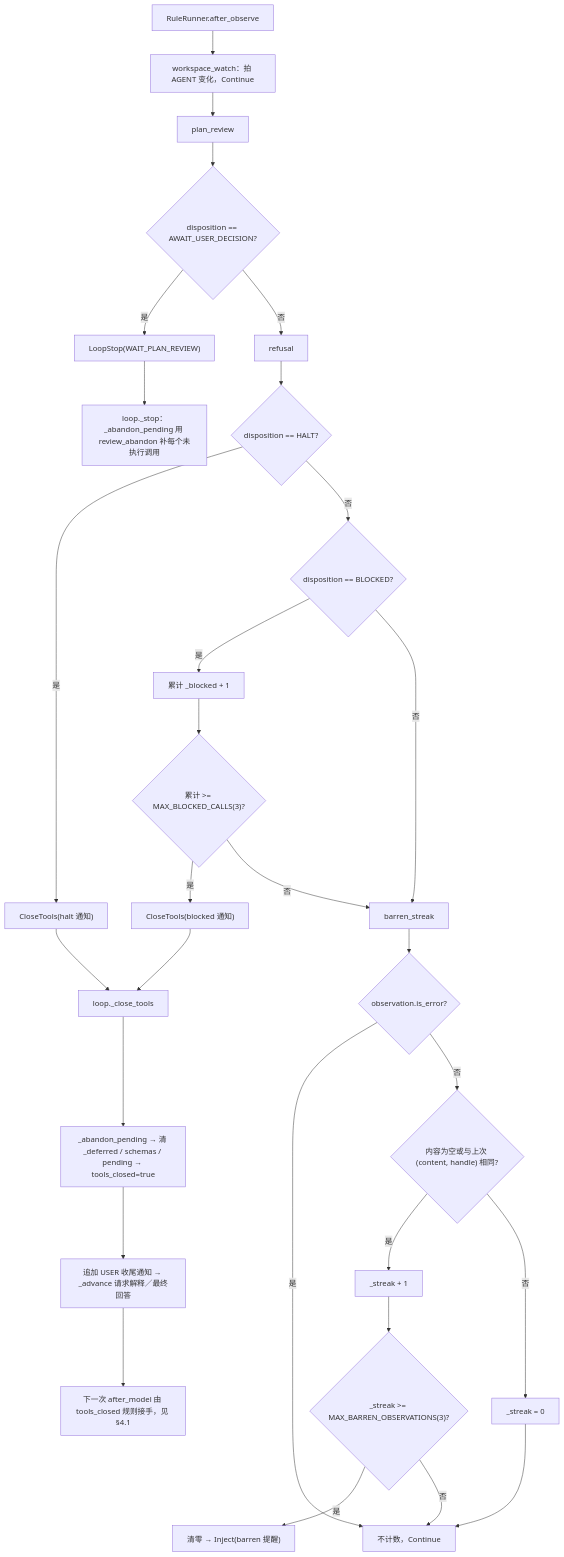
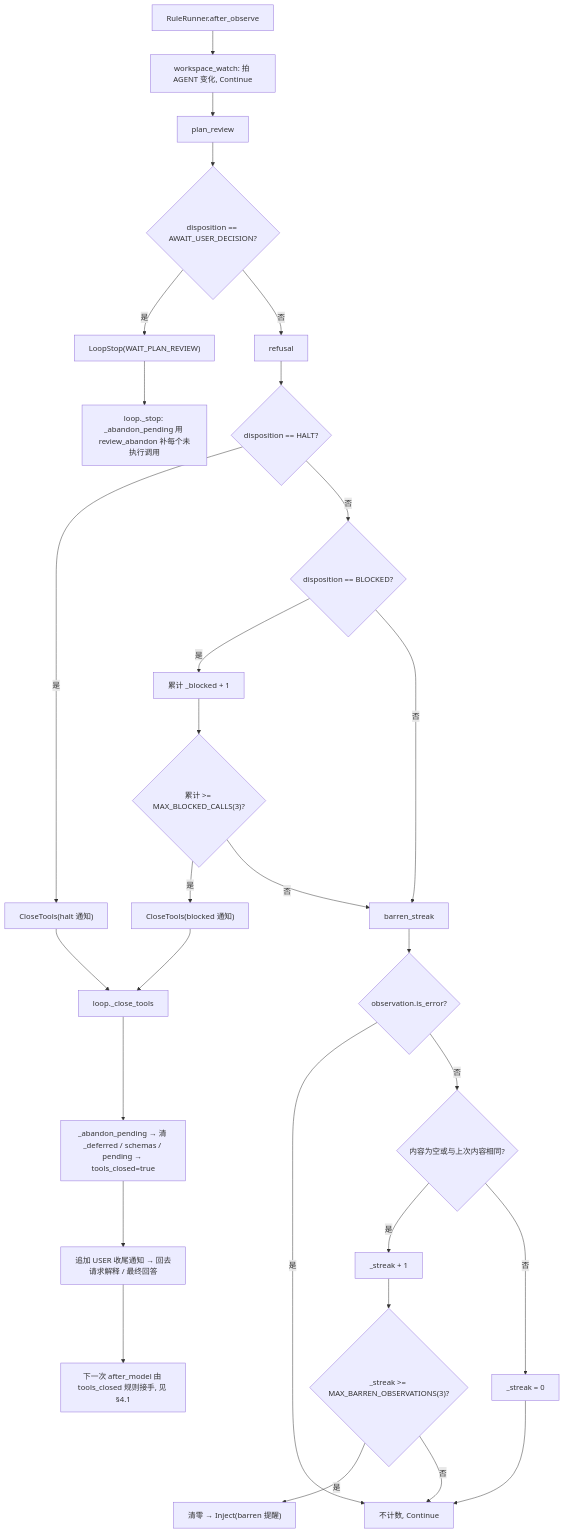
Before and after one commit to qubaolai/ForgeCLI: diagram 12 of 50 in docs/06-代码阅读线路.md, drawn with Mermaid. The commit also changed other lines of this file and 292 other files, not shown here.

````diff
--- a/docs/06-代码阅读线路.md
+++ b/docs/06-代码阅读线路.md
@@ -549,31 +578,31 @@
 ```mermaid
 flowchart TD
-    A["RuleRunner.after_observe"] --> B["workspace_watch：拍 AGENT 变化，Continue"]
+    A["RuleRunner.after_observe"] --> B["workspace_watch: 拍 AGENT 变化, Continue"]
     B --> C["plan_review"]
     C --> D{"disposition == AWAIT_USER_DECISION?"}
     D -->|是| E["LoopStop(WAIT_PLAN_REVIEW)"]
     D -->|否| F["refusal"]
     F --> G{"disposition == HALT?"}
     G -->|是| H["CloseTools(halt 通知)"]
     G -->|否| I{"disposition == BLOCKED?"}
     I -->|是| J["累计 _blocked + 1"]
     J --> K{"累计 >= MAX_BLOCKED_CALLS(3)?"}
     K -->|是| L["CloseTools(blocked 通知)"]
     K -->|否| M["barren_streak"]
     I -->|否| M
     M --> N{"observation.is_error?"}
-    N -->|是| O["不计数，Continue"]
-    N -->|否| P{"内容为空或与上次 (content, handle) 相同?"}
+    N -->|是| O["不计数, Continue"]
+    N -->|否| P{"内容为空或与上次内容相同?"}
     P -->|是| Q["_streak + 1"]
     P -->|否| R["_streak = 0"]
     Q --> S{"_streak >= MAX_BARREN_OBSERVATIONS(3)?"}
     S -->|是| T["清零 → Inject(barren 提醒)"]
     S -->|否| O
     R --> O
-    E --> U["loop._stop：_abandon_pending 用 review_abandon 补每个未执行调用"]
+    E --> U["loop._stop: _abandon_pending 用 review_abandon 补每个未执行调用"]
     H --> V["loop._close_tools"]
     L --> V
     V --> W["_abandon_pending → 清 _deferred / schemas / pending → tools_closed=true"]
-    W --> X["追加 USER 收尾通知 → _advance 请求解释／最终回答"]
-    X --> Y["下一次 after_model 由 tools_closed 规则接手，见 §4.1"]
+    W --> X["追加 USER 收尾通知 → 回去请求解释 / 最终回答"]
+    X --> Y["下一次 after_model 由 tools_closed 规则接手, 见 §4.1"]
 ```
````
